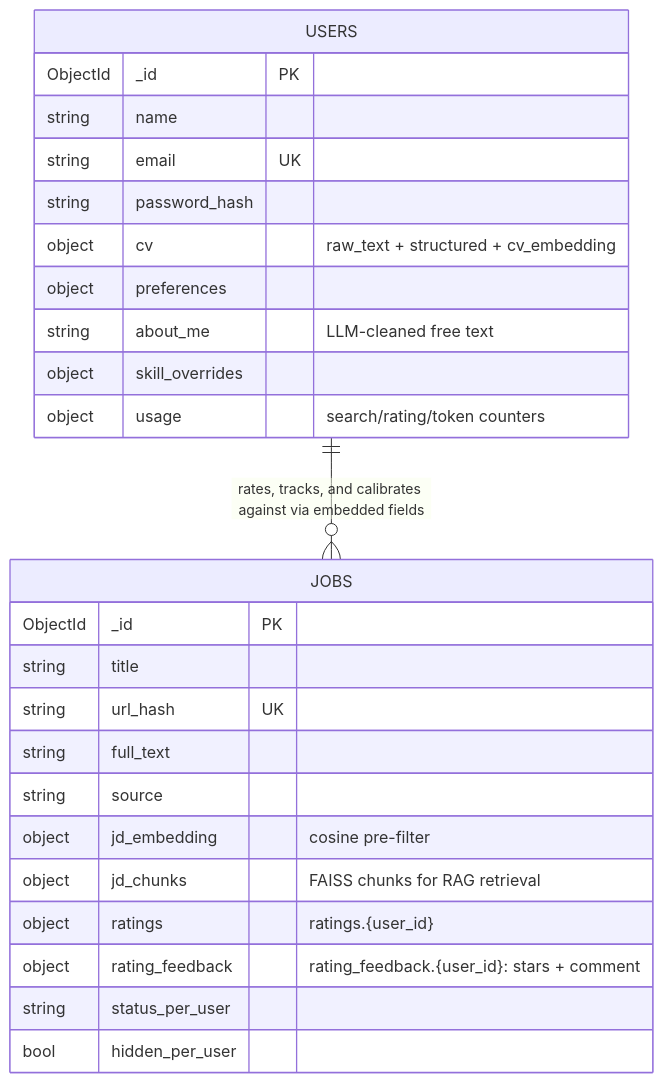
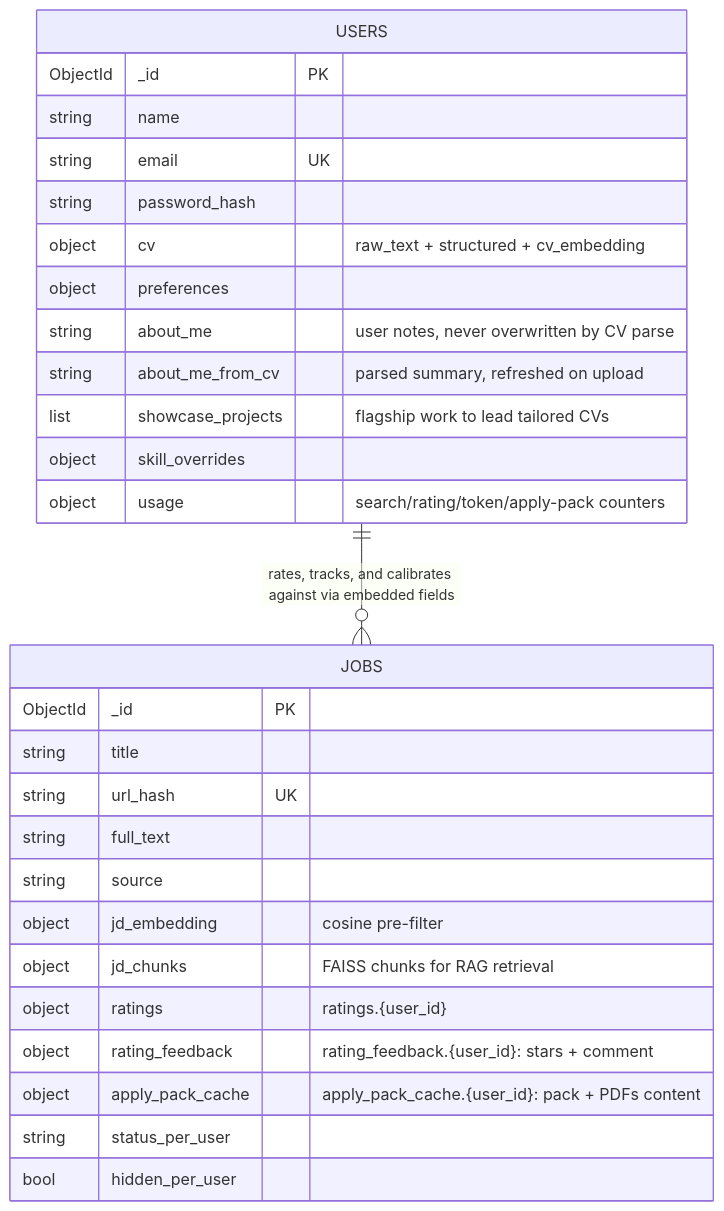
The second of 3 diagrams in README.md (itsmesaim/jobRadarAI), drawn with Mermaid before and after one commit. The commit also changed other lines of this file and 62 other files, not shown here.

````diff
--- a/README.md
+++ b/README.md
@@ -76,30 +84,33 @@
 ```mermaid
 erDiagram
     USERS {
         ObjectId _id PK
         string name
         string email UK
         string password_hash
         object cv "raw_text + structured + cv_embedding"
         object preferences
-        string about_me "LLM-cleaned free text"
+        string about_me "user notes, never overwritten by CV parse"
+        string about_me_from_cv "parsed summary, refreshed on upload"
+        list showcase_projects "flagship work to lead tailored CVs"
         object skill_overrides
-        object usage "search/rating/token counters"
+        object usage "search/rating/token/apply-pack counters"
     }
 
     JOBS {
         ObjectId _id PK
         string title
         string url_hash UK
         string full_text
         string source
         object jd_embedding "cosine pre-filter"
         object jd_chunks "FAISS chunks for RAG retrieval"
         object ratings "ratings.{user_id}"
         object rating_feedback "rating_feedback.{user_id}: stars + comment"
+        object apply_pack_cache "apply_pack_cache.{user_id}: pack + PDFs content"
         string status_per_user
         bool hidden_per_user
     }
 
     USERS ||--o{ JOBS : "rates, tracks, and calibrates against via embedded fields"
 ```
````
